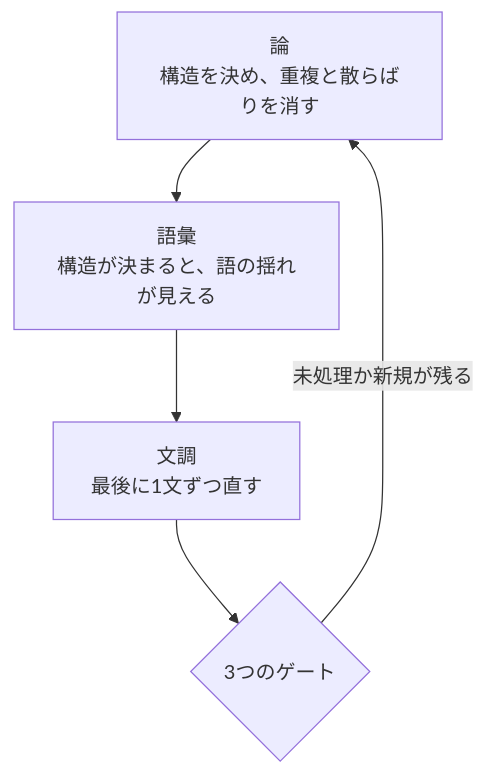
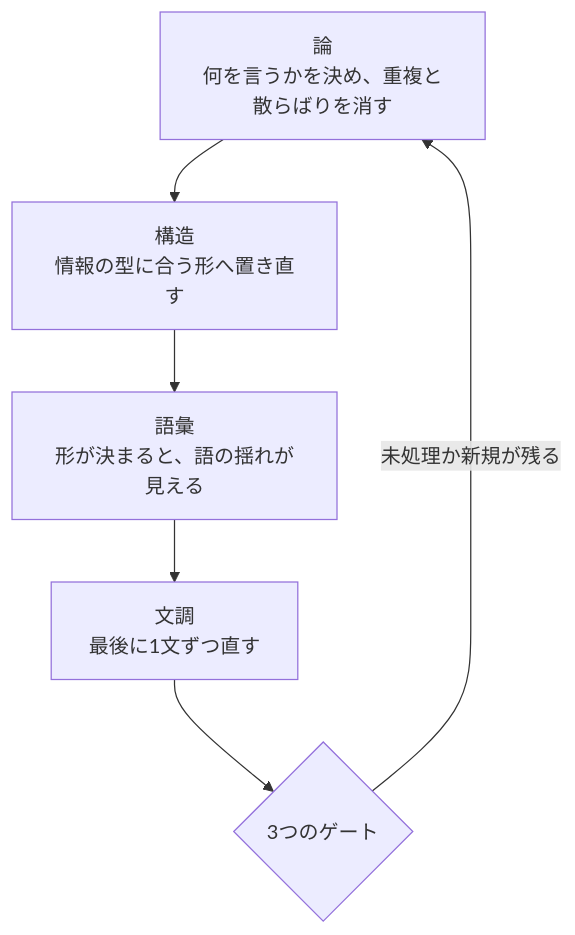
The diagram in .claude/skills/writing-guard/references/writing-checklist.md (daidaiiro-519/waffle), drawn with Mermaid before and after one commit. The commit also changed other lines of this file and 3 other files, not shown here.

````diff
--- a/.claude/skills/writing-guard/references/writing-checklist.md
+++ b/.claude/skills/writing-guard/references/writing-checklist.md
@@ -395,9 +452,10 @@
 ```mermaid
 flowchart TD
-    a["論<br/>構造を決め、重複と散らばりを消す"]
-    b["語彙<br/>構造が決まると、語の揺れが見える"]
+    a["論<br/>何を言うかを決め、重複と散らばりを消す"]
+    s["構造<br/>情報の型に合う形へ置き直す"]
+    b["語彙<br/>形が決まると、語の揺れが見える"]
     c["文調<br/>最後に1文ずつ直す"]
     g{"3つのゲート"}
-    a --> b --> c --> g
+    a --> s --> b --> c --> g
     g -- "未処理か新規が残る" --> a
 ```
````
